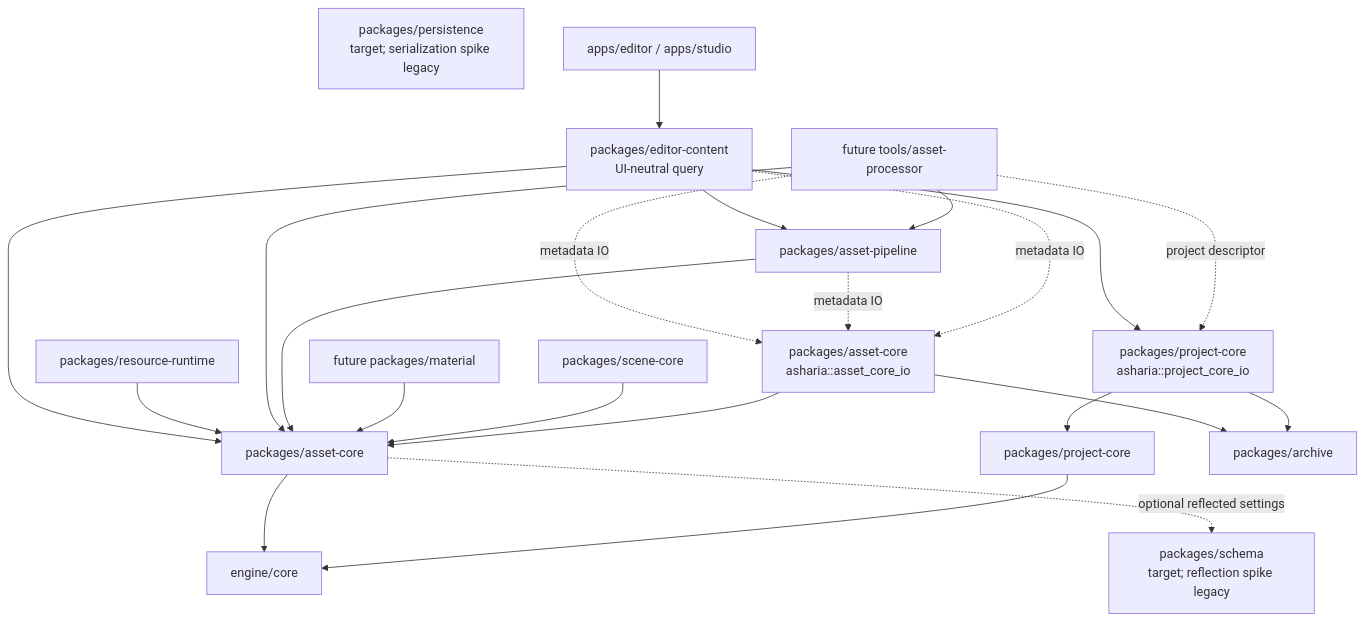
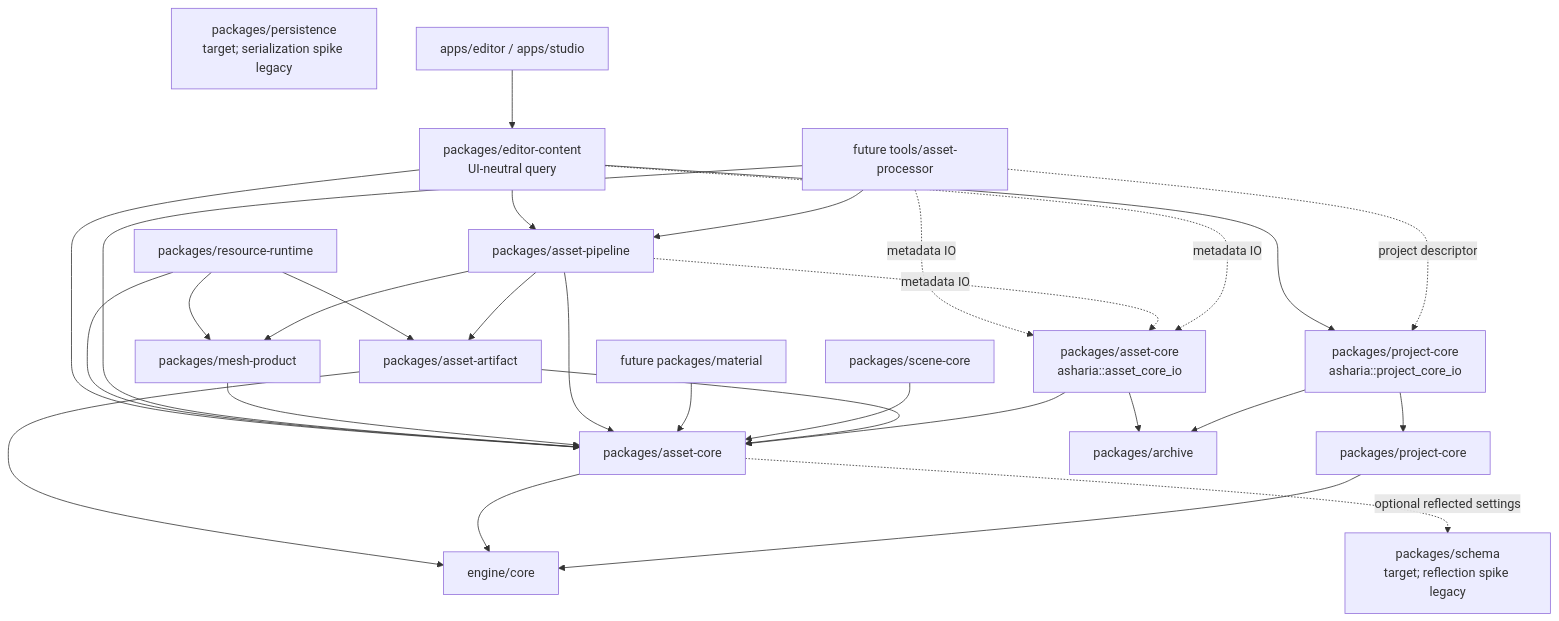
One commit to 66six11/Engine changed the first of 2 diagrams in docs/systems/asset-architecture.md. Above: the diagram before and after it, drawn with Mermaid. The commit also changed other lines of this file and 34 other files, not shown here.

Commit message:
feat: load typed mesh runtime resources

````diff
--- a/docs/systems/asset-architecture.md
+++ b/docs/systems/asset-architecture.md
@@ -142,40 +154,49 @@
 ```mermaid
 flowchart TD
     Core["engine/core"]
     Reflection["packages/schema<br/>target; reflection spike legacy"]
     Serialization["packages/persistence<br/>target; serialization spike legacy"]
     ProjectCore["packages/project-core"]
     ProjectCoreIo["packages/project-core<br/>asharia::project_core_io"]
     AssetCore["packages/asset-core"]
     AssetCoreIo["packages/asset-core<br/>asharia::asset_core_io"]
+    AssetArtifact["packages/asset-artifact"]
     Archive["packages/archive"]
     Scene["packages/scene-core"]
     Material["future packages/material"]
     AssetPipeline["packages/asset-pipeline"]
+    MeshProduct["packages/mesh-product"]
     ImportTool["future tools/asset-processor"]
     ResourceRuntime["packages/resource-runtime"]
     EditorContent["packages/editor-content<br/>UI-neutral query"]
     Editor["apps/editor / apps/studio"]
 
     ProjectCore --> Core
     ProjectCoreIo --> ProjectCore
     ProjectCoreIo --> Archive
     AssetCore --> Core
     AssetCoreIo --> AssetCore
     AssetCoreIo --> Archive
+    AssetArtifact --> Core
+    AssetArtifact --> AssetCore
     Scene --> AssetCore
     Material --> AssetCore
     AssetPipeline --> AssetCore
+    AssetPipeline --> AssetArtifact
+    MeshProduct --> AssetCore
+    AssetPipeline --> MeshProduct
     ImportTool --> AssetPipeline
     ImportTool --> AssetCore
     ImportTool -.project descriptor.-> ProjectCoreIo
     ResourceRuntime --> AssetCore
+    ResourceRuntime --> AssetArtifact
+    ResourceRuntime --> MeshProduct
     EditorContent --> ProjectCoreIo
     EditorContent --> AssetCore
     EditorContent --> AssetPipeline
     EditorContent -.metadata IO.-> AssetCoreIo
     Editor --> EditorContent
     AssetPipeline -.metadata IO.-> AssetCoreIo
     ImportTool -.metadata IO.-> AssetCoreIo
     AssetCore -.optional reflected settings.-> Reflection
 ```
````
